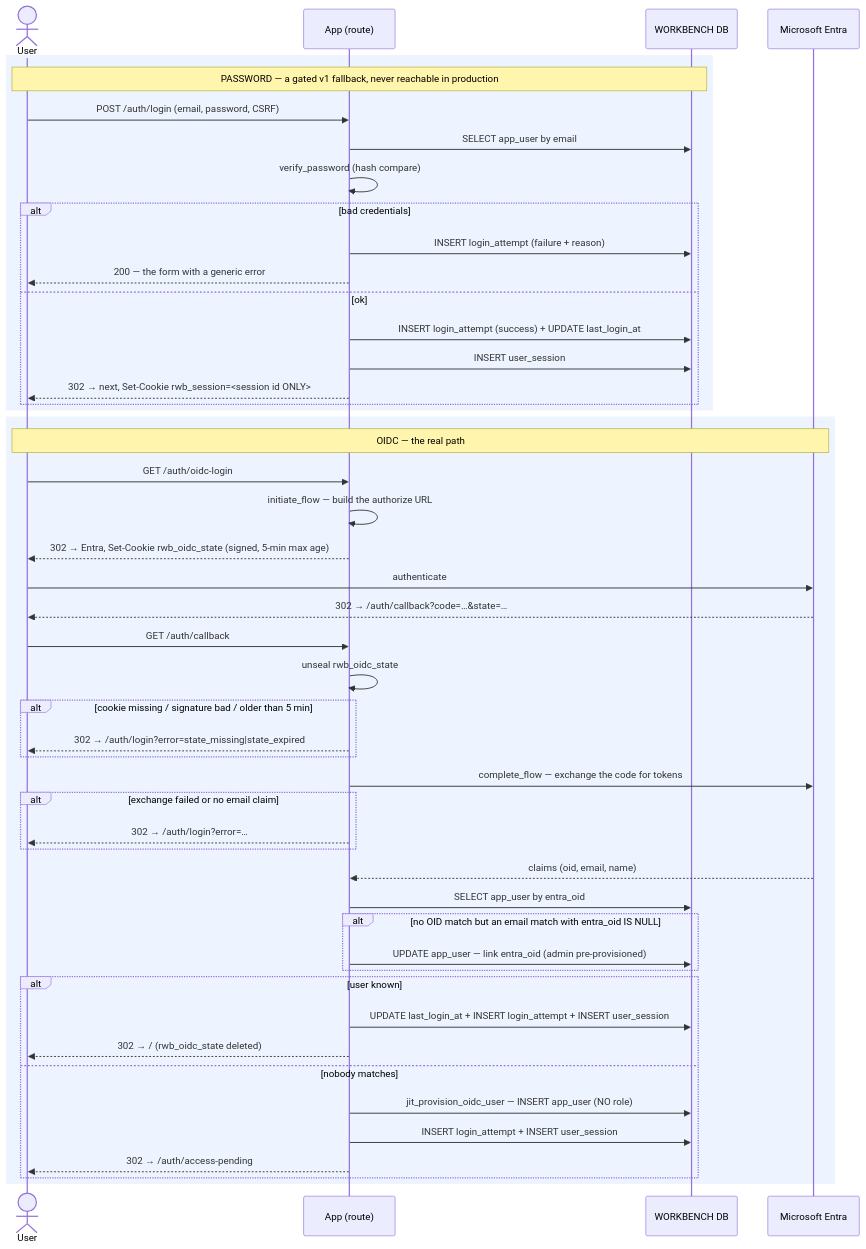
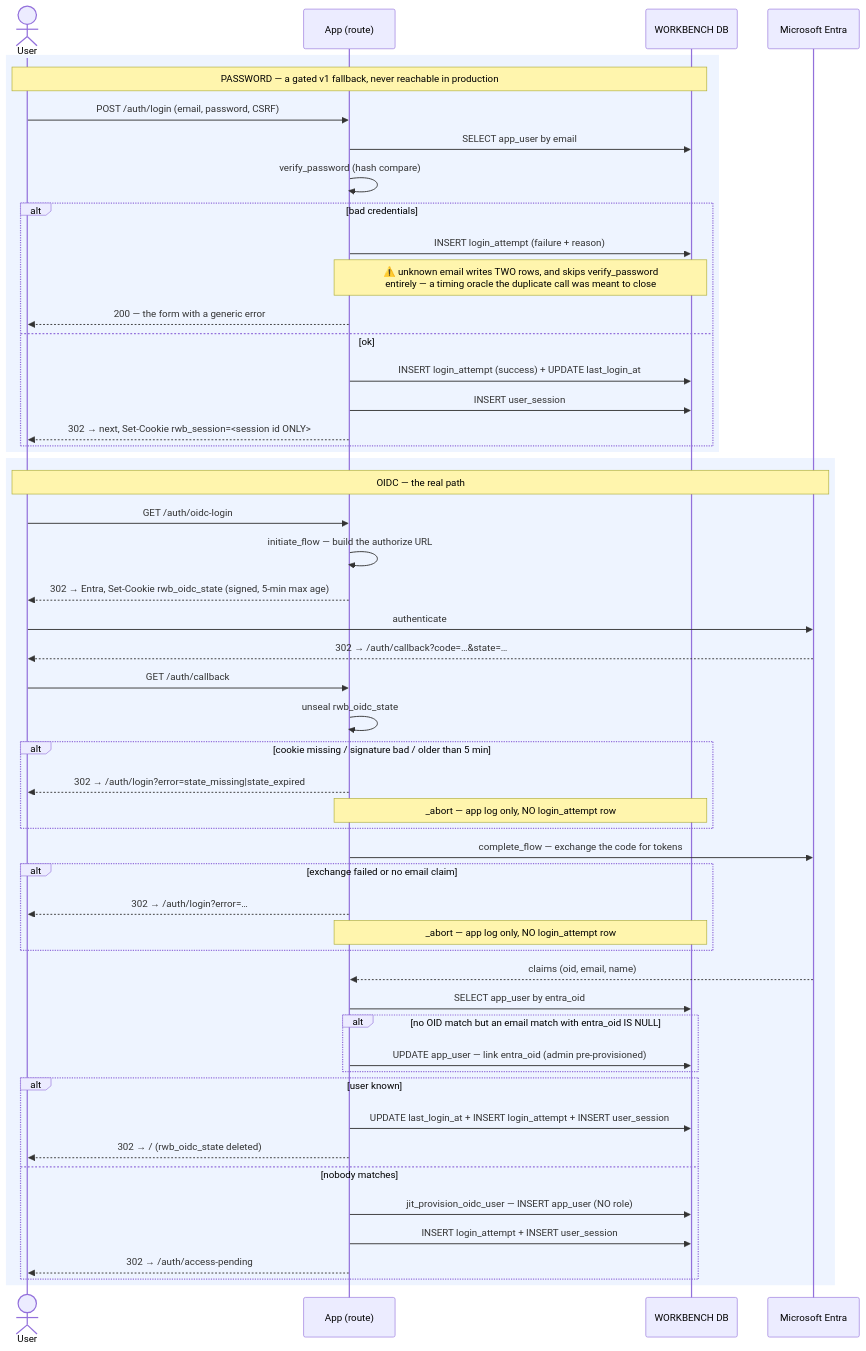
The first of 2 diagrams in docs/sequence_diagrams/auth/login_and_session.md (anilvenugopal/risk-workbench), drawn with Mermaid before and after one commit. The commit also changed other lines of this file and 5 other files, not shown here.

Commit message:
Update sequence diagrams after review

````diff
--- a/docs/sequence_diagrams/auth/login_and_session.md
+++ b/docs/sequence_diagrams/auth/login_and_session.md
@@ -30,53 +31,56 @@
 ```mermaid
 sequenceDiagram
     actor User
     participant App as App (route)
     participant DB as WORKBENCH DB
     participant IdP as Microsoft Entra
 
     rect rgb(238,244,255)
         Note over User,DB: PASSWORD — a gated v1 fallback, never reachable in production
         User->>App: POST /auth/login (email, password, CSRF)
         App->>DB: SELECT app_user by email
         App->>App: verify_password (hash compare)
         alt bad credentials
             App->>DB: INSERT login_attempt (failure + reason)
+            Note over App,DB: ⚠️ unknown email writes TWO rows, and skips verify_password<br/>entirely — a timing oracle the duplicate call was meant to close
             App-->>User: 200 — the form with a generic error
         else ok
             App->>DB: INSERT login_attempt (success) + UPDATE last_login_at
             App->>DB: INSERT user_session
             App-->>User: 302 → next, Set-Cookie rwb_session=<session id ONLY>
         end
     end
 
     rect rgb(238,244,255)
         Note over User,IdP: OIDC — the real path
         User->>App: GET /auth/oidc-login
         App->>App: initiate_flow — build the authorize URL
         App-->>User: 302 → Entra, Set-Cookie rwb_oidc_state (signed, 5-min max age)
         User->>IdP: authenticate
         IdP-->>User: 302 → /auth/callback?code=…&state=…
         User->>App: GET /auth/callback
         App->>App: unseal rwb_oidc_state
         alt cookie missing / signature bad / older than 5 min
             App-->>User: 302 → /auth/login?error=state_missing|state_expired
+            Note over App,DB: _abort — app log only, NO login_attempt row
         end
         App->>IdP: complete_flow — exchange the code for tokens
         alt exchange failed or no email claim
             App-->>User: 302 → /auth/login?error=…
+            Note over App,DB: _abort — app log only, NO login_attempt row
         end
         IdP-->>App: claims (oid, email, name)
         App->>DB: SELECT app_user by entra_oid
         alt no OID match but an email match with entra_oid IS NULL
             App->>DB: UPDATE app_user — link entra_oid (admin pre-provisioned)
         end
         alt user known
             App->>DB: UPDATE last_login_at + INSERT login_attempt + INSERT user_session
             App-->>User: 302 → /   (rwb_oidc_state deleted)
         else nobody matches
             App->>DB: jit_provision_oidc_user — INSERT app_user (NO role)
             App->>DB: INSERT login_attempt + INSERT user_session
             App-->>User: 302 → /auth/access-pending
         end
     end
 ```
````
